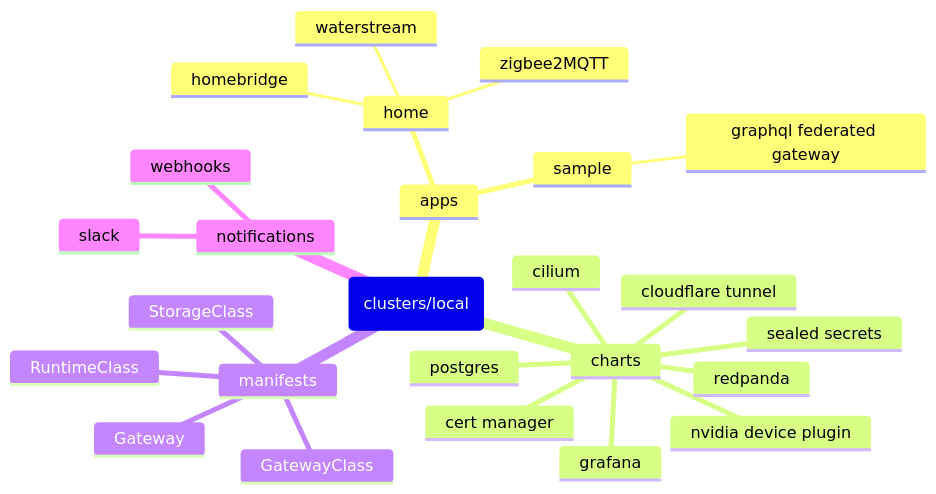
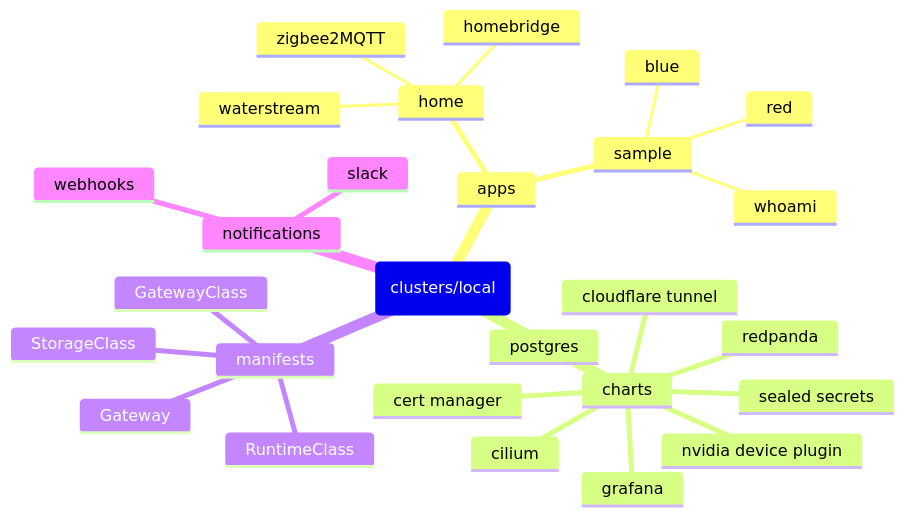
One commit to dudo/turing-pi changed the diagram in README.md. Above: the diagram before and after it, drawn with Mermaid. The commit also changed 11 other files, not shown here.

````diff
--- a/README.md
+++ b/README.md
@@ -13,28 +13,30 @@
 ```mermaid
 mindmap
   root(clusters/local)
     apps
       home
         homebridge
         waterstream
         zigbee2MQTT
       sample
-        graphql federated gateway
+        red
+        blue
+        whoami
     charts
       cert manager
       cilium
       cloudflare tunnel
       grafana
       nvidia device plugin
       postgres
       redpanda
       sealed secrets
     manifests
       GatewayClass
       Gateway
       RuntimeClass
       StorageClass
     notifications
       slack
       webhooks
 ```
````
